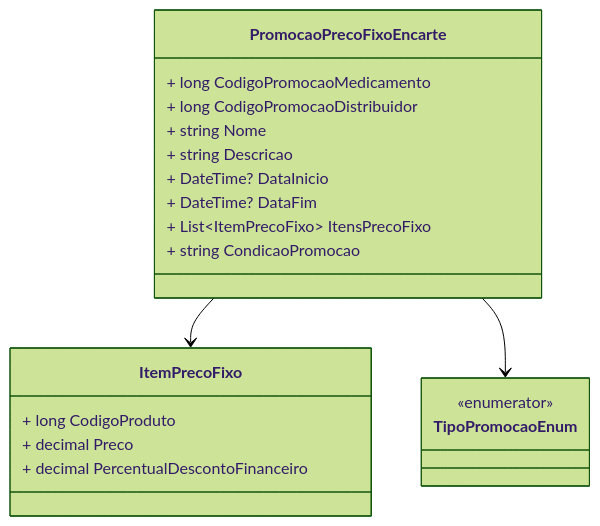
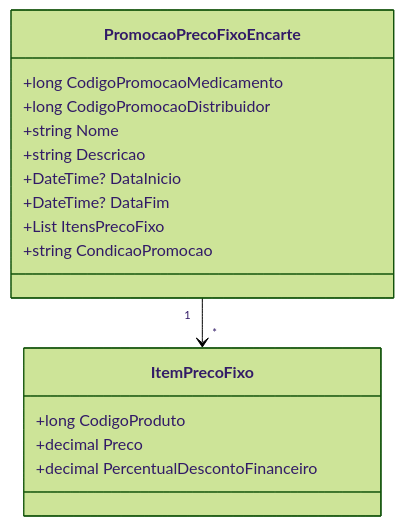
The diagram in docs/b2b-dominio/IsthmusWinthor.Nucleo/IsthmusWinthor.Dominio/POCO/Precos/PromocaoPrecoFixoEncarte.md (IsthmusSistemas/documentacao-tecnica), drawn with Mermaid (forest theme) before and after one commit. The commit also changed other lines of this file and 882 other files, not shown here.

````diff
--- a/docs/b2b-dominio/IsthmusWinthor.Nucleo/IsthmusWinthor.Dominio/POCO/Precos/PromocaoPrecoFixoEncarte.md
+++ b/docs/b2b-dominio/IsthmusWinthor.Nucleo/IsthmusWinthor.Dominio/POCO/Precos/PromocaoPrecoFixoEncarte.md
@@ -34,26 +29,20 @@
 ```mermaid
 classDiagram
     class PromocaoPrecoFixoEncarte {
-        + long CodigoPromocaoMedicamento
-        + long CodigoPromocaoDistribuidor
-        + string Nome
-        + string Descricao
-        + DateTime? DataInicio
-        + DateTime? DataFim
-        + List~ItemPrecoFixo~ ItensPrecoFixo
-        + string CondicaoPromocao
+        +long CodigoPromocaoMedicamento
+        +long CodigoPromocaoDistribuidor
+        +string Nome
+        +string Descricao
+        +DateTime? DataInicio
+        +DateTime? DataFim
+        +List<ItemPrecoFixo> ItensPrecoFixo
+        +string CondicaoPromocao
     }
-
     class ItemPrecoFixo {
-        + long CodigoProduto
-        + decimal Preco
-        + decimal PercentualDescontoFinanceiro
+        +long CodigoProduto
+        +decimal Preco
+        +decimal PercentualDescontoFinanceiro
     }
-
-    class TipoPromocaoEnum {
-        <<enumerator>>
-    }
-
-    PromocaoPrecoFixoEncarte --> ItemPrecoFixo
-    PromocaoPrecoFixoEncarte --> TipoPromocaoEnum
+    
+    PromocaoPrecoFixoEncarte "1" --> "*" ItemPrecoFixo
 ```
````
